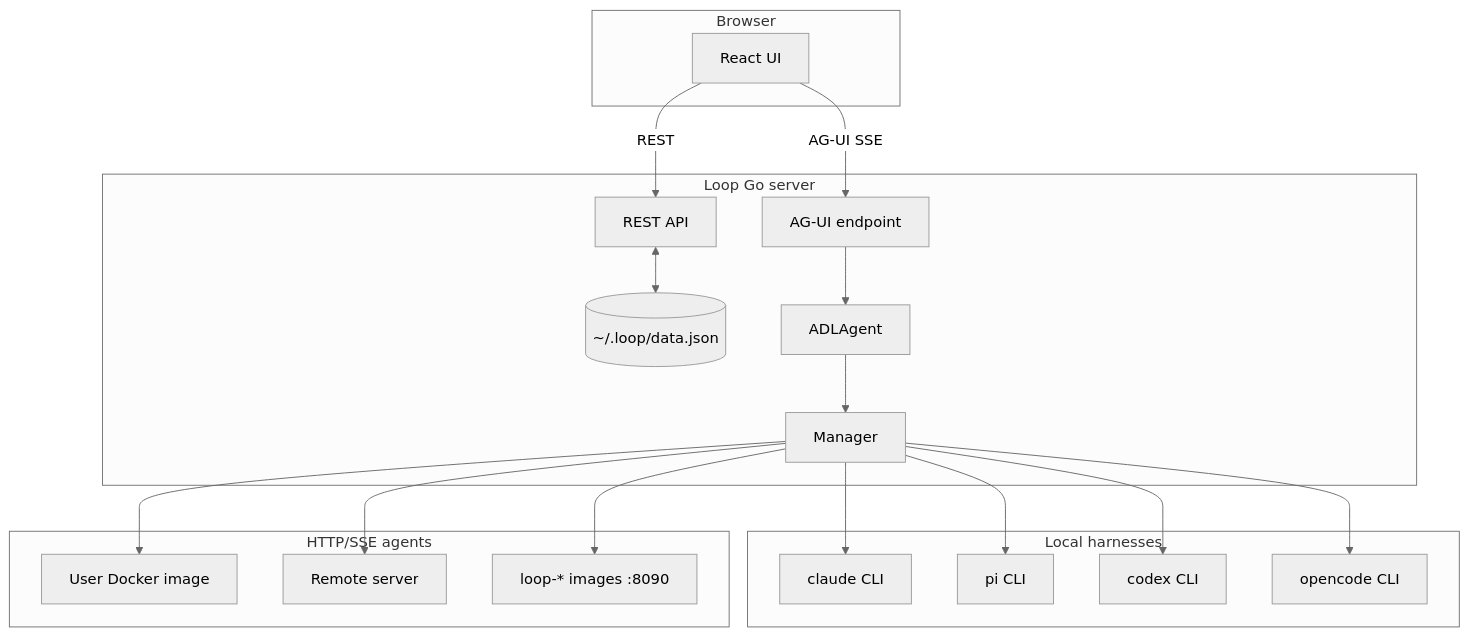
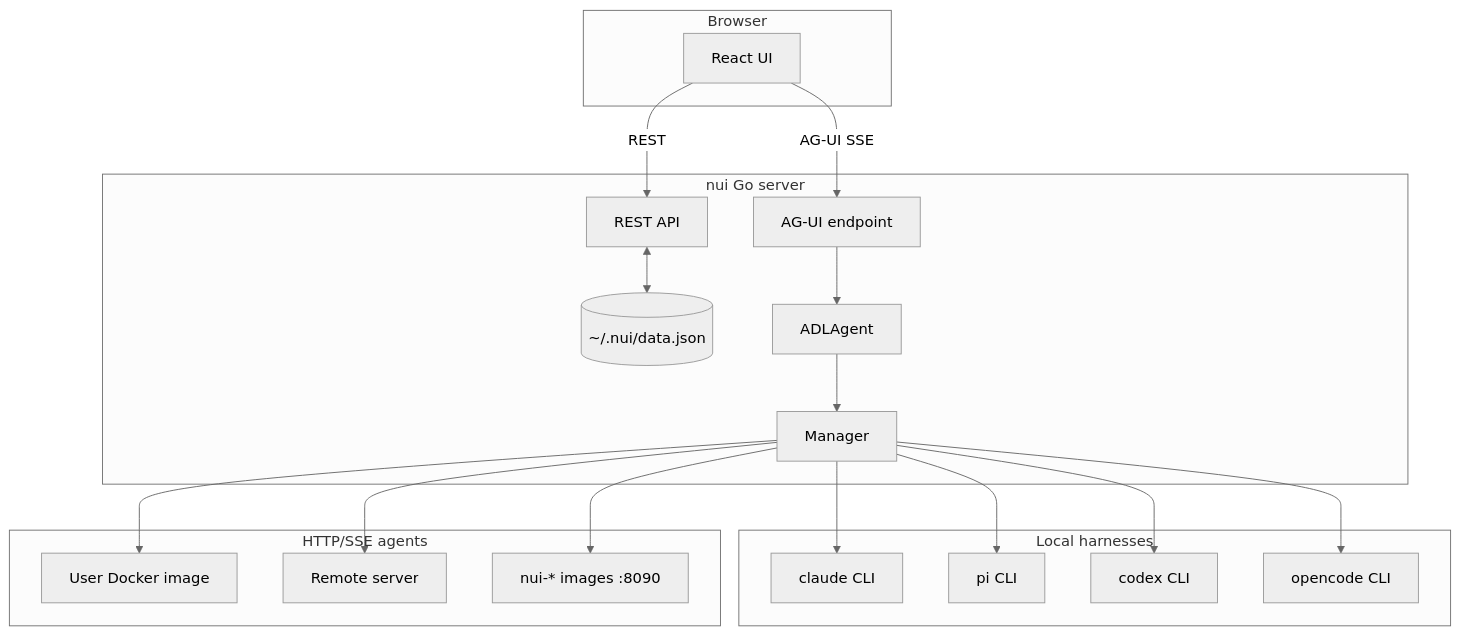
One commit to plmbr/nui changed the diagram in dev/dev.md. Above: the diagram before and after it, drawn with Mermaid (neutral theme). The commit also changed other lines of this file and 397 other files, not shown here.

````diff
--- a/dev/dev.md
+++ b/dev/dev.md
@@ -13,35 +13,35 @@
 ```mermaid
 flowchart TB
   subgraph browser [Browser]
     UI[React UI]
   end
 
-  subgraph loop_server [Loop Go server]
+  subgraph loop_server [nui Go server]
     REST[REST API]
     AGUI[AG-UI endpoint]
-    Store[(~/.loop/data.json)]
+    Store[(~/.nui/data.json)]
     ADLExec[ADLAgent]
     Mgr[Manager]
   end
 
   subgraph local [Local harnesses]
     Claude[claude CLI]
     Pi[pi CLI]
     Codex[codex CLI]
     OpenCode[opencode CLI]
   end
 
   subgraph http_agents [HTTP/SSE agents]
     UserDocker[User Docker image]
     RemoteSrv[Remote server]
-    BuiltinDocker[loop-* images :8090]
+    BuiltinDocker[nui-* images :8090]
   end
 
   UI -->|REST| REST
   UI -->|AG-UI SSE| AGUI
   REST <--> Store
   AGUI --> ADLExec
   ADLExec --> Mgr
   Mgr --> Claude & Pi & Codex & OpenCode
   Mgr --> UserDocker & RemoteSrv & BuiltinDocker
 ```
````
